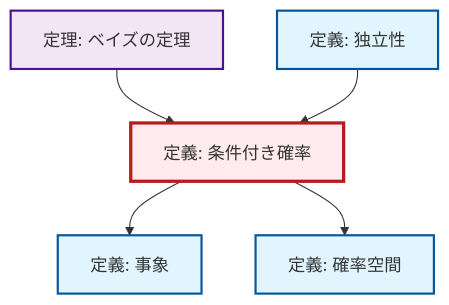
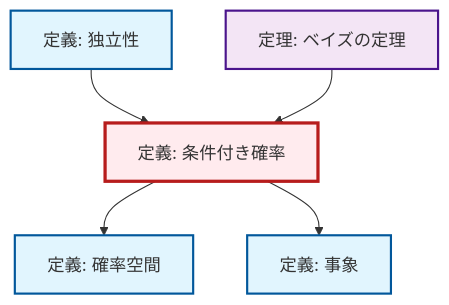
One commit to RK0429/ModernMath changed the diagram in content/ja/probability-statistics/def-conditional-probability.qmd. Above: the diagram before and after it, drawn with Mermaid. The commit also changed other lines of this file and 1012 other files, not shown here.

````diff
--- a/content/ja/probability-statistics/def-conditional-probability.qmd
+++ b/content/ja/probability-statistics/def-conditional-probability.qmd
@@ -70,23 +70,23 @@
 ```{mermaid}
 %%| fig-cap: "Local dependency graph"
 graph TD
     classDef definition fill:#e1f5fe,stroke:#01579b,stroke-width:2px
     classDef theorem fill:#f3e5f5,stroke:#4a148c,stroke-width:2px
     classDef axiom fill:#fff3e0,stroke:#e65100,stroke-width:2px
     classDef example fill:#e8f5e9,stroke:#1b5e20,stroke-width:2px
     classDef current fill:#ffebee,stroke:#b71c1c,stroke-width:3px
     def-conditional-probability["定義: 条件付き確率"]:::definition
+    thm-bayes["定理: ベイズの定理"]:::theorem
     def-event["定義: 事象"]:::definition
-    thm-bayes["定理: ベイズの定理"]:::theorem
+    def-independence["定義: 独立性"]:::definition
     def-probability-space["定義: 確率空間"]:::definition
-    def-independence["定義: 独立性"]:::definition
-    def-conditional-probability --> def-event
+    def-independence --> def-conditional-probability
     thm-bayes --> def-conditional-probability
     def-conditional-probability --> def-probability-space
-    def-independence --> def-conditional-probability
+    def-conditional-probability --> def-event
     class def-conditional-probability current
+    click thm-bayes "thm-bayes.html" "ベイズの定理の定理へ"
     click def-event "def-event.html" "事象の定義へ"
-    click thm-bayes "thm-bayes.html" "ベイズの定理の定理へ"
+    click def-independence "def-independence.html" "独立性の定義へ"
     click def-probability-space "def-probability-space.html" "確率空間の定義へ"
-    click def-independence "def-independence.html" "独立性の定義へ"
 ```
````
